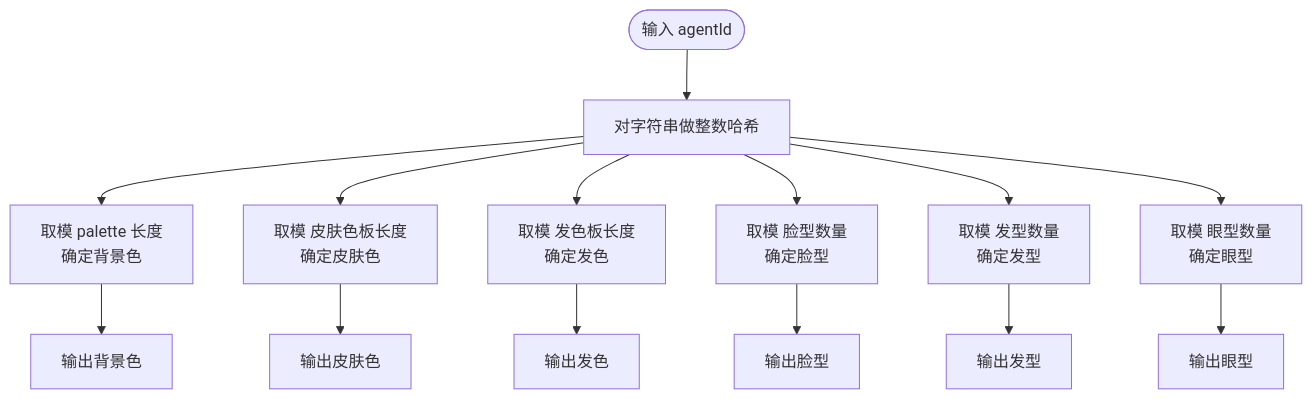
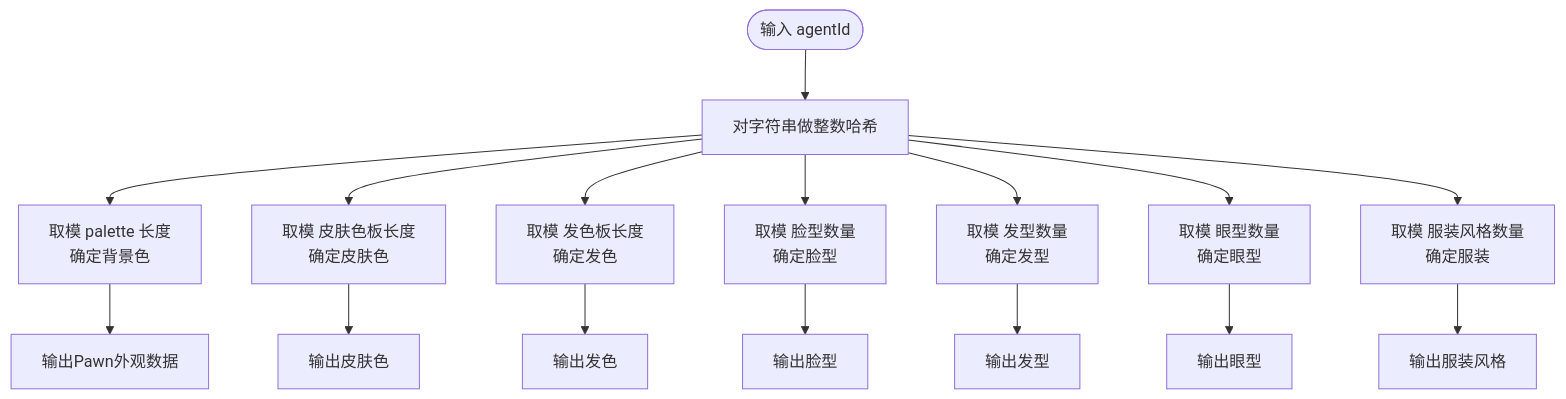
Before and after one commit to WW-AI-Lab/openclaw-office: the third of 7 diagrams in .qoder/repowiki/zh/content/虚拟办公室系统/智能体可视化系统.md, drawn with Mermaid. The commit also changed other lines of this file and 15 other files, not shown here.

````diff
--- a/.qoder/repowiki/zh/content/虚拟办公室系统/智能体可视化系统.md
+++ b/.qoder/repowiki/zh/content/虚拟办公室系统/智能体可视化系统.md
@@ -128,16 +160,18 @@
 ```mermaid
 flowchart TD
 Start(["输入 agentId"]) --> Hash["对字符串做整数哈希"]
 Hash --> PaletteIdx["取模 palette 长度<br/>确定背景色"]
 Hash --> SkinIdx["取模 皮肤色板长度<br/>确定皮肤色"]
 Hash --> HairIdx["取模 发色板长度<br/>确定发色"]
 Hash --> FaceIdx["取模 脸型数量<br/>确定脸型"]
 Hash --> HairStyleIdx["取模 发型数量<br/>确定发型"]
 Hash --> EyeStyleIdx["取模 眼型数量<br/>确定眼型"]
-PaletteIdx --> Out1["输出背景色"]
+Hash --> ClothingIdx["取模 服装风格数量<br/>确定服装"]
+PaletteIdx --> Out1["输出Pawn外观数据"]
 SkinIdx --> Out2["输出皮肤色"]
 HairIdx --> Out3["输出发色"]
 FaceIdx --> Out4["输出脸型"]
 HairStyleIdx --> Out5["输出发型"]
 EyeStyleIdx --> Out6["输出眼型"]
+ClothingIdx --> Out7["输出服装风格"]
 ```
````
